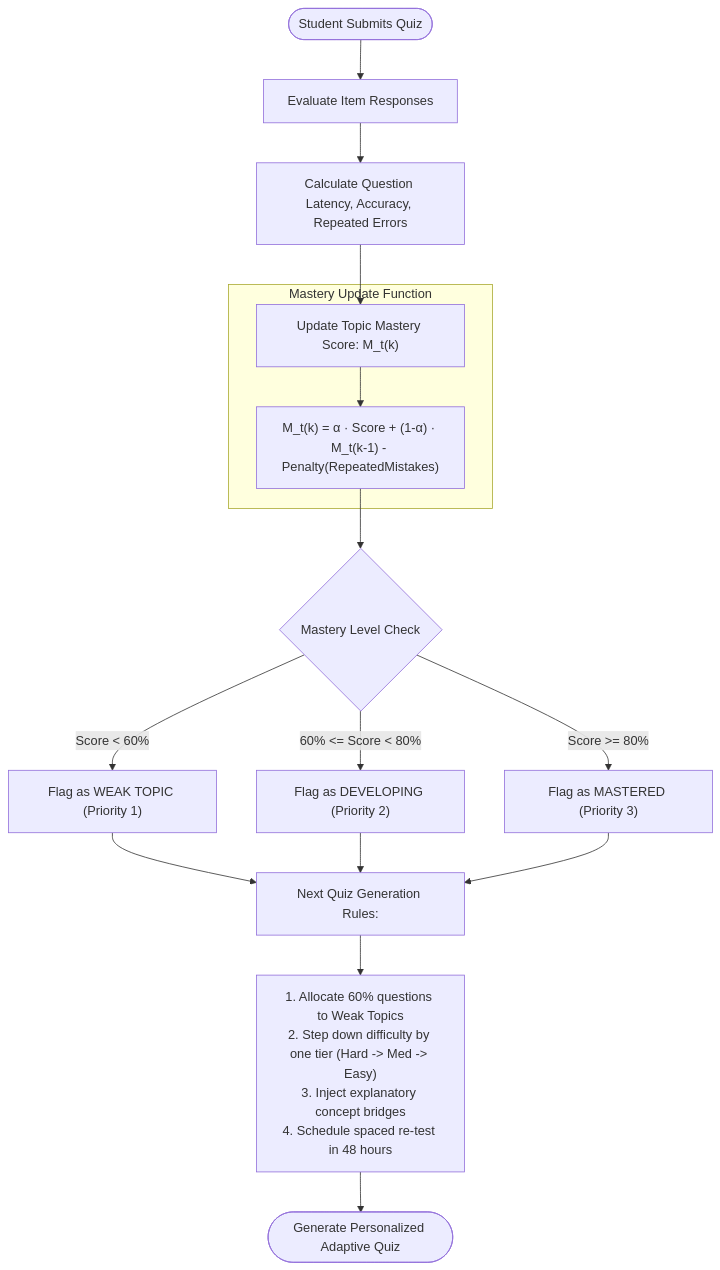
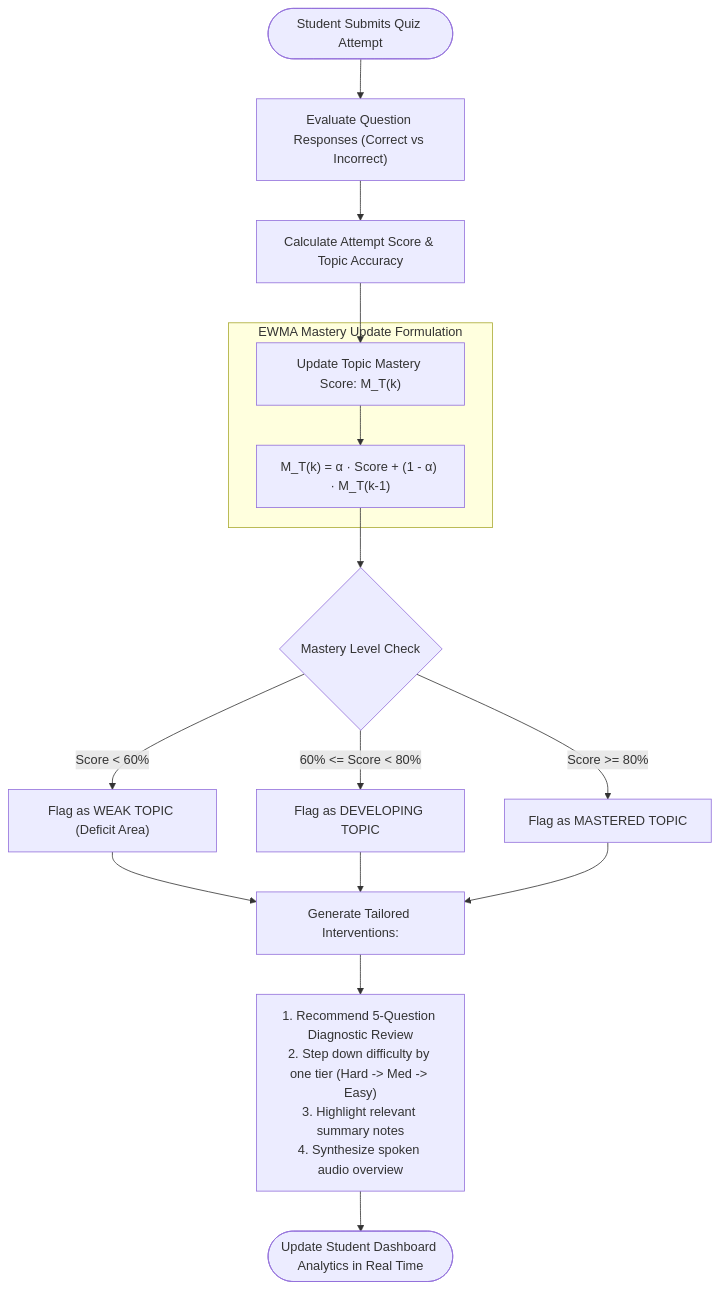
One commit to varun16-dev/Cognivora-AI changed the fourth of 10 diagrams in README.md. Above: the diagram before and after it, drawn with Mermaid. The commit also changed other lines of this file and 55 other files, not shown here.

Commit message:
feat: complete Capabl 8-week deliverables, multi-agent RAG backend, React dashboard, and test suites

````diff
--- a/README.md
+++ b/README.md
@@ -241,22 +207,22 @@
 ```mermaid
 flowchart TD
-    Start(["Student Submits Quiz"]) --> Eval["Evaluate Item Responses"]
-    Eval --> MetricCalc["Calculate Question Latency, Accuracy, Repeated Errors"]
-    MetricCalc --> TopicUpdate["Update Topic Mastery Score: M_t(k)"]
+    Start(["Student Submits Quiz Attempt"]) --> Eval["Evaluate Question Responses (Correct vs Incorrect)"]
+    Eval --> MetricCalc["Calculate Attempt Score & Topic Accuracy"]
+    MetricCalc --> TopicUpdate["Update Topic Mastery Score: M_T(k)"]
     
-    subgraph UpdateLogic ["Mastery Update Function"]
-        TopicUpdate --> Formula["M_t(k) = α · Score + (1-α) · M_t(k-1) - Penalty(RepeatedMistakes)"]
+    subgraph UpdateLogic ["EWMA Mastery Update Formulation"]
+        TopicUpdate --> Formula["M_T(k) = α · Score + (1 - α) · M_T(k-1)"]
     end
 
     Formula --> Threshold{"Mastery Level Check"}
-    Threshold -->|Score < 60%| WeakNode["Flag as WEAK TOPIC (Priority 1)"]
-    Threshold -->|60% <= Score < 80%| ModNode["Flag as DEVELOPING (Priority 2)"]
-    Threshold -->|Score >= 80%| MasteredNode["Flag as MASTERED (Priority 3)"]
+    Threshold -->|Score < 60%| WeakNode["Flag as WEAK TOPIC (Deficit Area)"]
+    Threshold -->|60% <= Score < 80%| ModNode["Flag as DEVELOPING TOPIC"]
+    Threshold -->|Score >= 80%| MasteredNode["Flag as MASTERED TOPIC"]
 
-    WeakNode --> NextGen["Next Quiz Generation Rules:"]
-    ModNode --> NextGen
-    MasteredNode --> NextGen
+    WeakNode --> ActionPlan["Generate Tailored Interventions:"]
+    ModNode --> ActionPlan
+    MasteredNode --> ActionPlan
 
-    NextGen --> Rules["1. Allocate 60% questions to Weak Topics<br/>2. Step down difficulty by one tier (Hard -> Med -> Easy)<br/>3. Inject explanatory concept bridges<br/>4. Schedule spaced re-test in 48 hours"]
-    Rules --> End(["Generate Personalized Adaptive Quiz"])
+    ActionPlan --> Actions["1. Recommend 5-Question Diagnostic Review<br/>2. Step down difficulty by one tier (Hard -> Med -> Easy)<br/>3. Highlight relevant summary notes<br/>4. Synthesize spoken audio overview"]
+    Actions --> Dashboard(["Update Student Dashboard Analytics in Real Time"])
 ```
````
